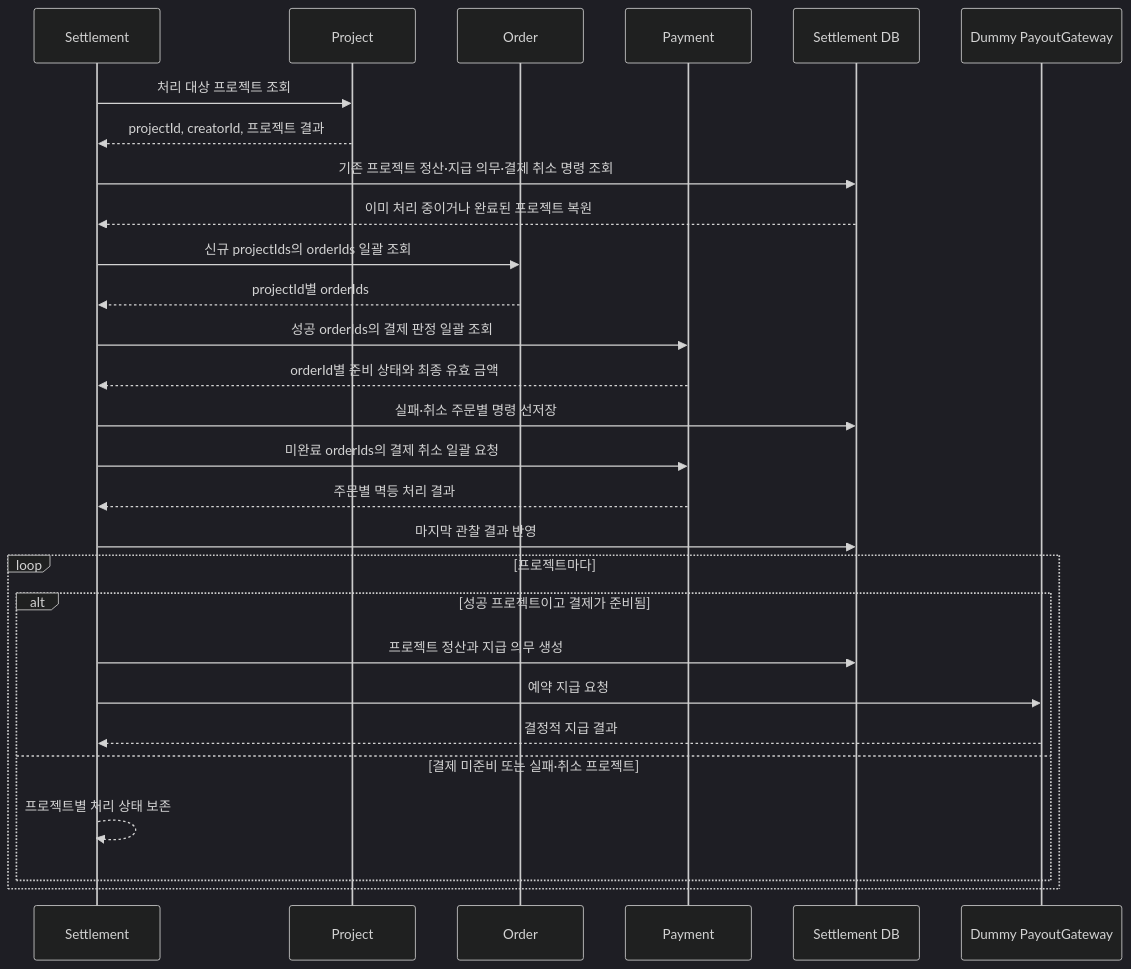
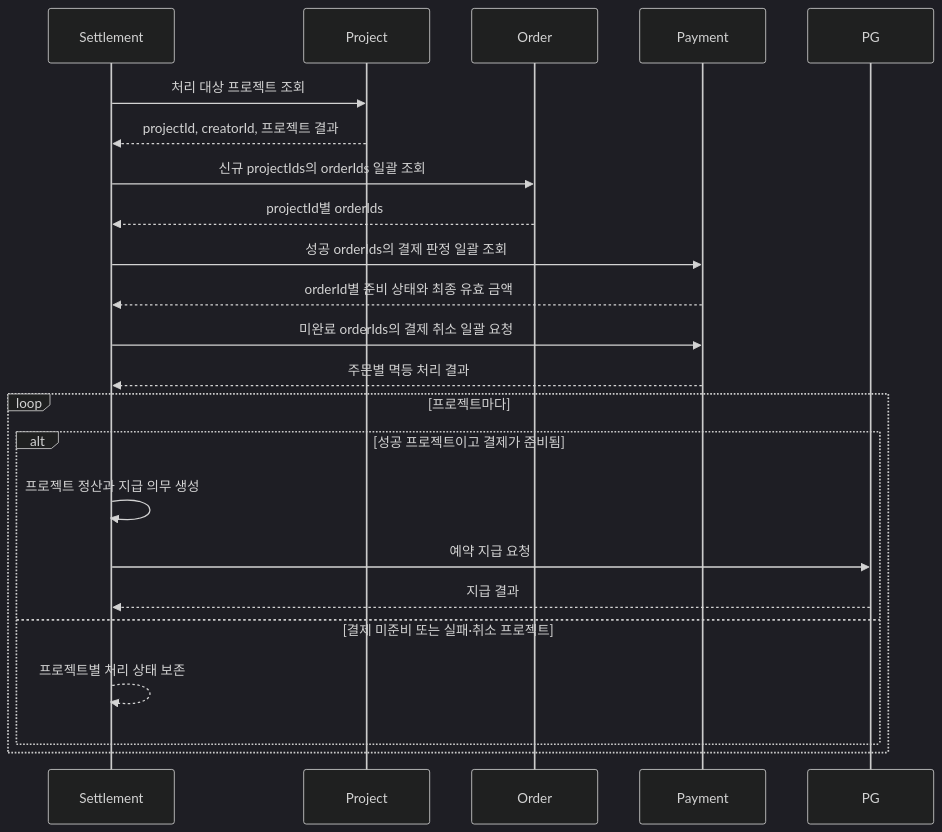
One commit to prgrms-be-adv-devcourse/beadv7_7_earlybird_BE changed the diagram in settlement-service/README.md. Above: the diagram before and after it, drawn with Mermaid (dark theme). The commit also changed other lines of this file and 28 other files, not shown here.

````diff
--- a/settlement-service/README.md
+++ b/settlement-service/README.md
@@ -7,31 +7,26 @@
 ```mermaid
 sequenceDiagram
     participant Settlement
     participant Project
     participant Order
     participant Payment
-    participant Store as Settlement DB
-    participant Payout as Dummy PayoutGateway
+    participant PG
 
     Settlement->>Project: 처리 대상 프로젝트 조회
     Project-->>Settlement: projectId, creatorId, 프로젝트 결과
-    Settlement->>Store: 기존 프로젝트 정산·지급 의무·결제 취소 명령 조회
-    Store-->>Settlement: 이미 처리 중이거나 완료된 프로젝트 복원
     Settlement->>Order: 신규 projectIds의 orderIds 일괄 조회
     Order-->>Settlement: projectId별 orderIds
     Settlement->>Payment: 성공 orderIds의 결제 판정 일괄 조회
     Payment-->>Settlement: orderId별 준비 상태와 최종 유효 금액
-    Settlement->>Store: 실패·취소 주문별 명령 선저장
     Settlement->>Payment: 미완료 orderIds의 결제 취소 일괄 요청
     Payment-->>Settlement: 주문별 멱등 처리 결과
-    Settlement->>Store: 마지막 관찰 결과 반영
     loop 프로젝트마다
         alt 성공 프로젝트이고 결제가 준비됨
-            Settlement->>Store: 프로젝트 정산과 지급 의무 생성
-            Settlement->>Payout: 예약 지급 요청
-            Payout-->>Settlement: 결정적 지급 결과
+            Settlement->>Settlement: 프로젝트 정산과 지급 의무 생성
+            Settlement->>PG: 예약 지급 요청
+            PG-->>Settlement: 지급 결과
         else 결제 미준비 또는 실패·취소 프로젝트
             Settlement-->>Settlement: 프로젝트별 처리 상태 보존
         end
     end
 ```
````
